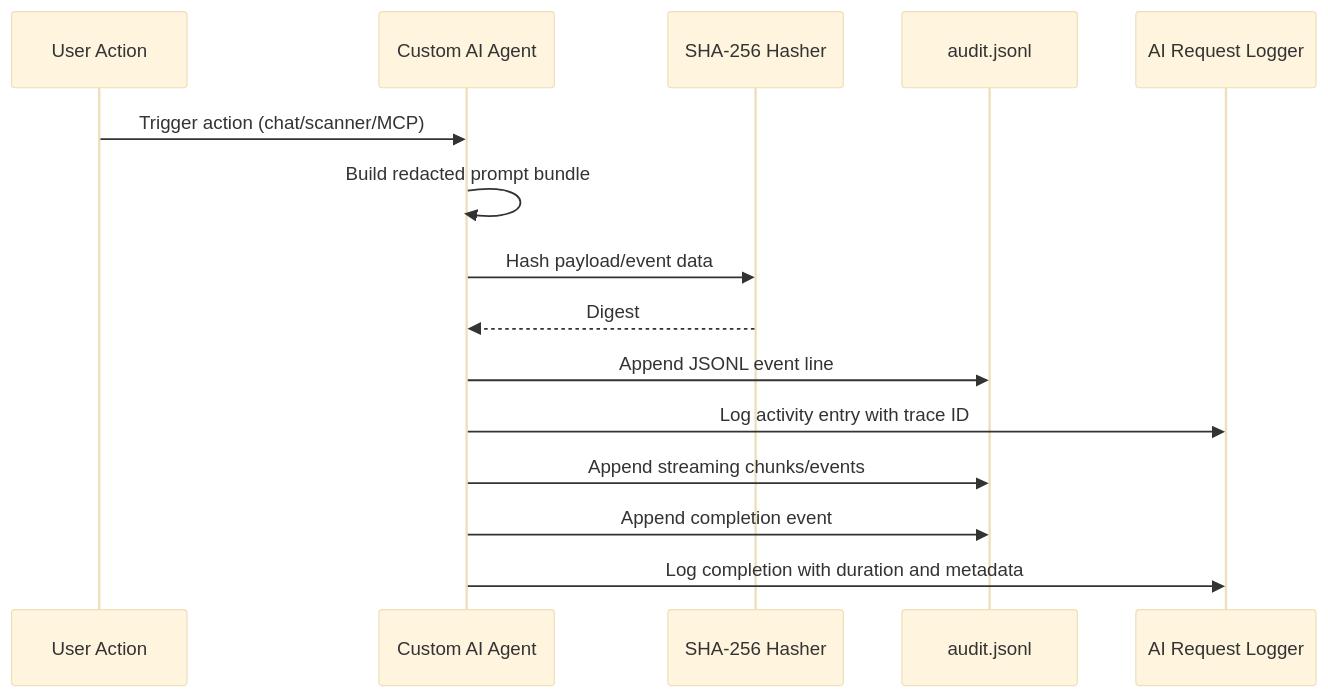
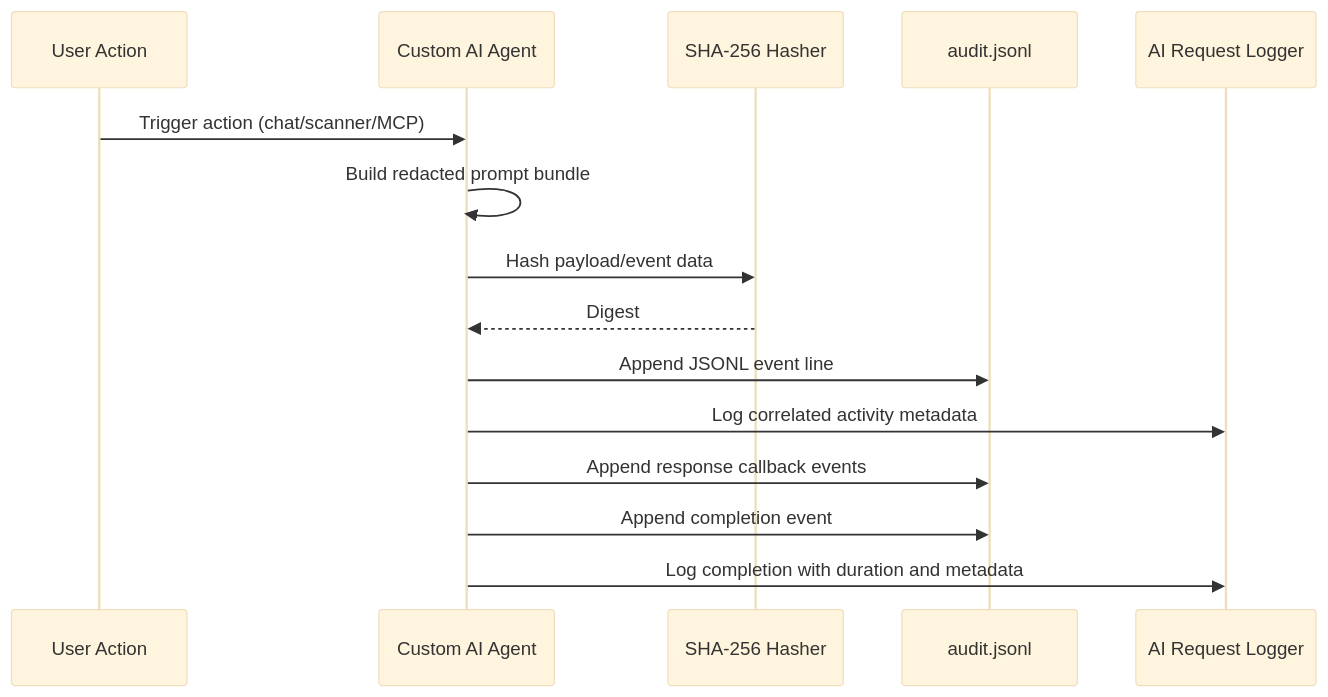
The diagram in privacy/audit-logging.md (six2dez/burp-ai-agent-docs), drawn with Mermaid (base theme) before and after one commit. The commit also changed other lines of this file and 54 other files, not shown here.

````diff
--- a/privacy/audit-logging.md
+++ b/privacy/audit-logging.md
@@ -7,18 +7,18 @@
 ```mermaid
 sequenceDiagram
     participant User as User Action
     participant App as Custom AI Agent
     participant Hash as SHA-256 Hasher
     participant Log as audit.jsonl
     participant Logger as AI Request Logger
 
     User->>App: Trigger action (chat/scanner/MCP)
     App->>App: Build redacted prompt bundle
     App->>Hash: Hash payload/event data
     Hash-->>App: Digest
     App->>Log: Append JSONL event line
-    App->>Logger: Log activity entry with trace ID
-    App->>Log: Append streaming chunks/events
+    App->>Logger: Log correlated activity metadata
+    App->>Log: Append response callback events
     App->>Log: Append completion event
     App->>Logger: Log completion with duration and metadata
 ```
````
